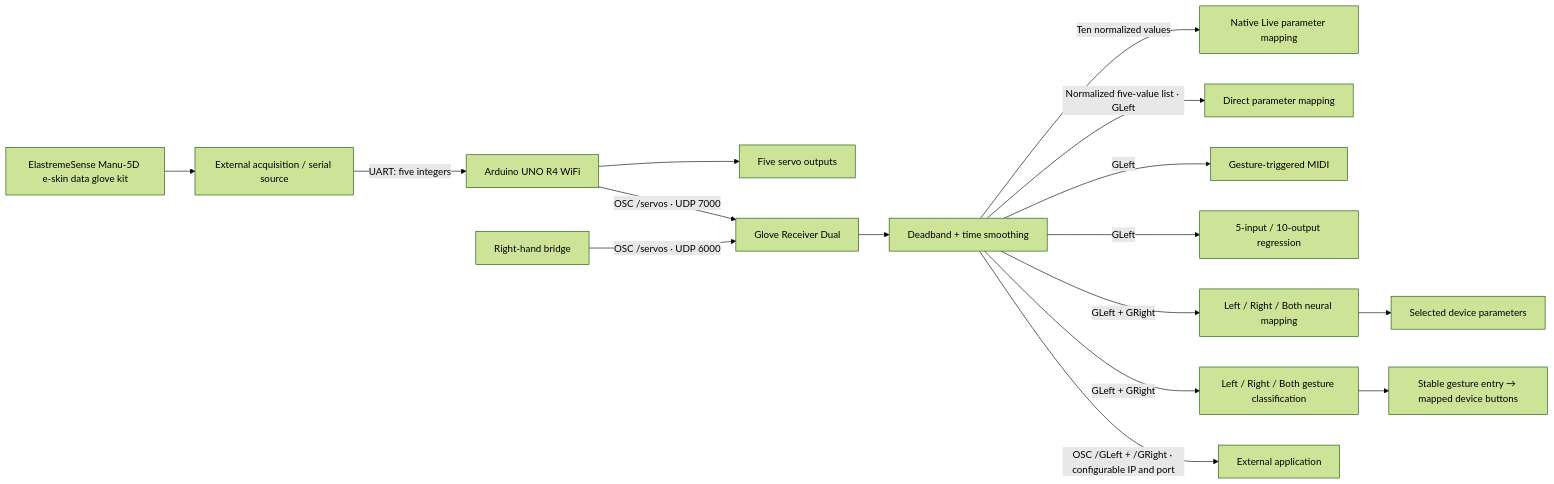
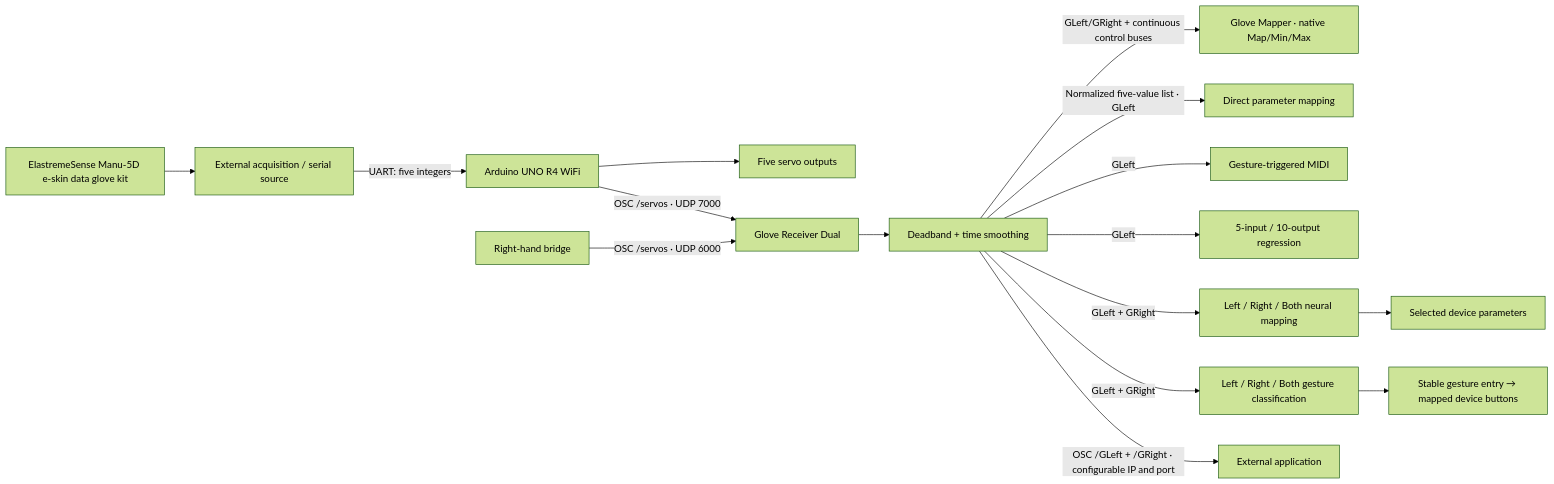
The diagram in README.md (lingyuanyangg/glove-system), drawn with Mermaid (forest theme) before and after one commit. The commit also changed other lines of this file and 33 other files, not shown here.

Commit message:
Separate native finger Mapper and compact animated Receiver; query target ranges before mapping

````diff
--- a/README.md
+++ b/README.md
@@ -13,18 +13,18 @@
 ```mermaid
 flowchart LR
     G[ElastremeSense Manu-5D e-skin data glove kit] --> I[External acquisition / serial source]
     I -->|UART: five integers| A[Arduino UNO R4 WiFi]
     A --> S[Five servo outputs]
     A -->|OSC /servos · UDP 7000| R[Glove Receiver Dual]
     A2[Right-hand bridge] -->|OSC /servos · UDP 6000| R
     R --> F[Deadband + time smoothing]
-    F -->|Ten normalized values| L[Native Live parameter mapping]
+    F -->|GLeft/GRight + continuous control buses| L[Glove Mapper · native Map/Min/Max]
     F -->|Normalized five-value list · GLeft| D[Direct parameter mapping]
     F -->|GLeft| B[Gesture-triggered MIDI]
     F -->|GLeft| M[5-input / 10-output regression]
     F -->|GLeft + GRight| N[Left / Right / Both neural mapping]
     N --> P[Selected device parameters]
     F -->|GLeft + GRight| C[Left / Right / Both gesture classification]
     C --> T[Stable gesture entry → mapped device buttons]
     F -->|OSC /GLeft + /GRight · configurable IP and port| X[External application]
 ```
````
